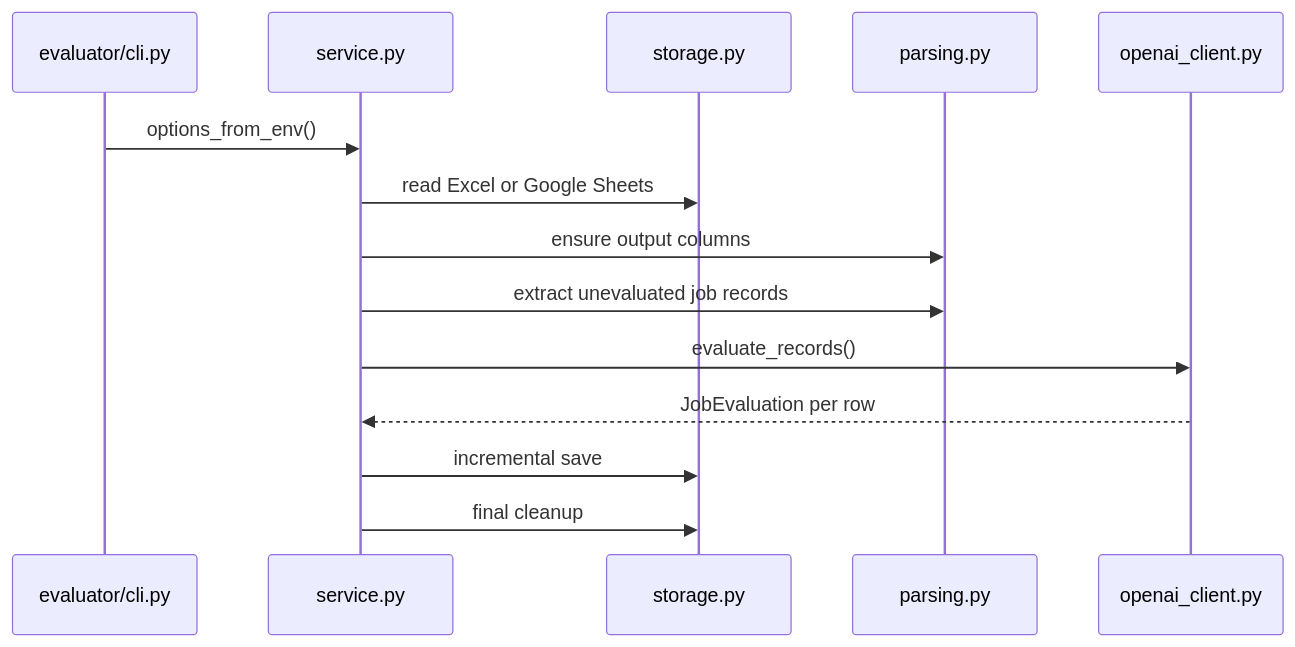
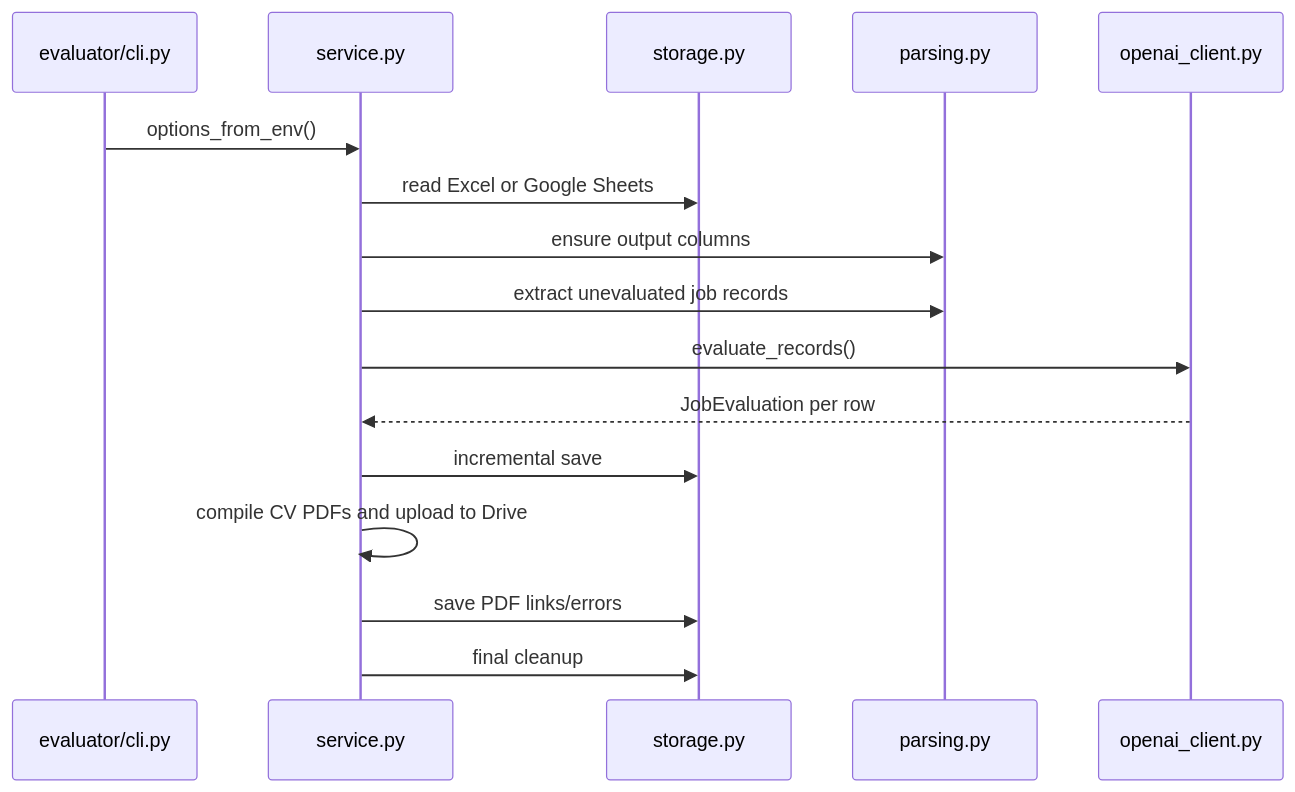
One commit to AmirDonyadide/JobFinder changed the diagram in src/jobfinder/evaluator/README.md. Above: the diagram before and after it, drawn with Mermaid. The commit also changed other lines of this file and 38 other files, not shown here.

First line of the commit message:
Add LaTeX CV PDF generation & Drive upload

````diff
--- a/src/jobfinder/evaluator/README.md
+++ b/src/jobfinder/evaluator/README.md
@@ -32,17 +34,19 @@
 ```mermaid
 sequenceDiagram
     participant CLI as evaluator/cli.py
     participant Service as service.py
     participant Storage as storage.py
     participant Parsing as parsing.py
     participant OpenAI as openai_client.py
 
     CLI->>Service: options_from_env()
     Service->>Storage: read Excel or Google Sheets
     Service->>Parsing: ensure output columns
     Service->>Parsing: extract unevaluated job records
     Service->>OpenAI: evaluate_records()
     OpenAI-->>Service: JobEvaluation per row
     Service->>Storage: incremental save
+    Service->>Service: compile CV PDFs and upload to Drive
+    Service->>Storage: save PDF links/errors
     Service->>Storage: final cleanup
 ```
````
